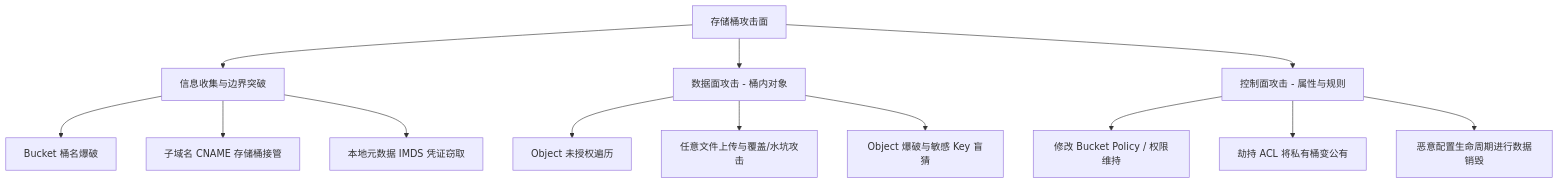
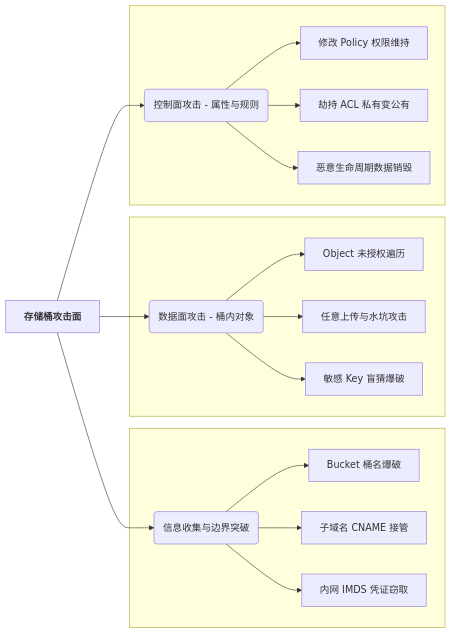
The second of 2 diagrams in content/posts/Bucket-Attack-and-Defense/index.md (h4xk0r/h4xk0r.github.io), drawn with Mermaid before and after one commit. The commit also changed other lines of this file and 23 other files, not shown here.

````diff
--- a/content/posts/Bucket-Attack-and-Defense/index.md
+++ b/content/posts/Bucket-Attack-and-Defense/index.md
@@ -224,18 +224,24 @@
 ```mermaid
-graph TD
-    A[存储桶攻击面] --> B[信息收集与边界突破]
-    A --> C[数据面攻击 - 桶内对象]
-    A --> D[控制面攻击 - 属性与规则]
+graph LR
+    A[<strong>存储桶攻击面</strong>] --> B(信息收集与边界突破)
+    A --> C(数据面攻击 - 桶内对象)
+    A --> D(控制面攻击 - 属性与规则)
 
-    B --> B1[Bucket 桶名爆破]
-    B --> B2[子域名 CNAME 存储桶接管]
-    B --> B3[本地元数据 IMDS 凭证窃取]
+    subgraph 突破面 [" "]
+        B --> B1[Bucket 桶名爆破]
+        B --> B2[子域名 CNAME 接管]
+        B --> B3[内网 IMDS 凭证窃取]
+    end
 
-    C --> C1[Object 未授权遍历]
-    C --> C2[任意文件上传与覆盖/水坑攻击]
-    C --> C3[Object 爆破与敏感 Key 盲猜]
+    subgraph 数据面 [" "]
+        C --> C1[Object 未授权遍历]
+        C --> C2[任意上传与水坑攻击]
+        C --> C3[敏感 Key 盲猜爆破]
+    end
 
-    D --> D1[修改 Bucket Policy / 权限维持]
-    D --> D2[劫持 ACL 将私有桶变公有]
-    D --> D3[恶意配置生命周期进行数据销毁]
+    subgraph 控制面 [" "]
+        D --> D1[修改 Policy 权限维持]
+        D --> D2[劫持 ACL 私有变公有]
+        D --> D3[恶意生命周期数据销毁]
+    end
 ```
````
